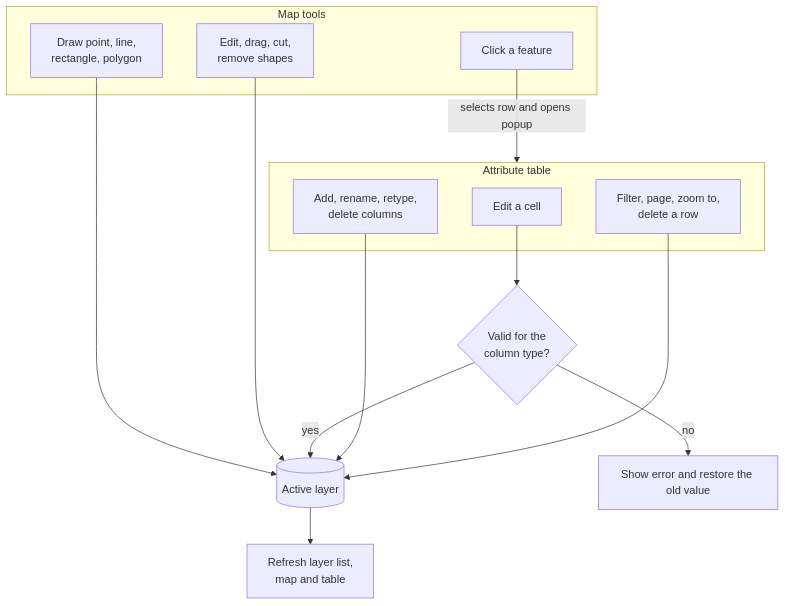
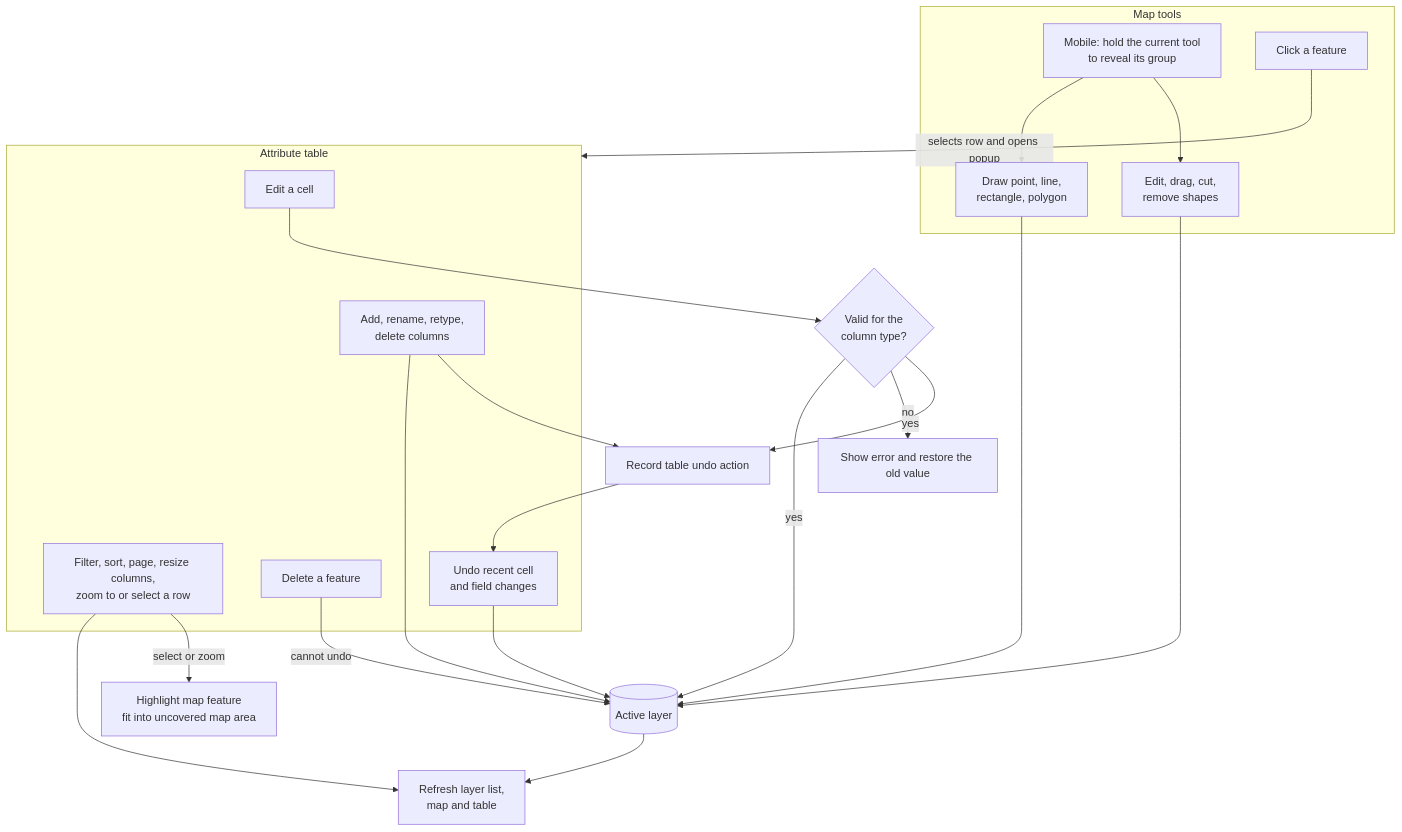
The third of 9 diagrams in FLOWCHART.md (telstra-joseph/geoeditor), drawn with Mermaid before and after one commit. The commit also changed other lines of this file and 2 other files, not shown here.

First line of the commit message:
Version 1.0: Update feature documentation, flowcharts, and help

````diff
--- a/FLOWCHART.md
+++ b/FLOWCHART.md
@@ -74,26 +83,37 @@
 ```mermaid
 flowchart TD
     Layer[("Active layer")]
 
     subgraph Map["Map tools"]
+        Hold["Mobile: hold the current tool<br/>to reveal its group"]
         Draw["Draw point, line,<br/>rectangle, polygon"]
         Edit["Edit, drag, cut,<br/>remove shapes"]
         Click["Click a feature"]
     end
 
     subgraph Table["Attribute table"]
         Cell["Edit a cell"]
         Cols["Add, rename, retype,<br/>delete columns"]
-        Rows["Filter, page, zoom to,<br/>delete a row"]
+        Rows["Filter, sort, page, resize columns,<br/>zoom to or select a row"]
+        Delete["Delete a feature"]
+        Undo["Undo recent cell<br/>and field changes"]
     end
 
+    Hold --> Draw
+    Hold --> Edit
     Draw --> Layer
     Edit --> Layer
     Click -->|"selects row and opens popup"| Table
     Cell --> V{"Valid for the<br/>column type?"}
     V -->|"yes"| Layer
     V -->|"no"| E["Show error and restore the old value"]
     Cols --> Layer
-    Rows --> Layer
+    V -->|"yes"| History["Record table undo action"]
+    Cols --> History
+    History --> Undo
+    Undo --> Layer
+    Rows --> R
+    Rows -->|"select or zoom"| Focus["Highlight map feature<br/>fit into uncovered map area"]
+    Delete -->|"cannot undo"| Layer
     Layer --> R["Refresh layer list,<br/>map and table"]
 ```
````
